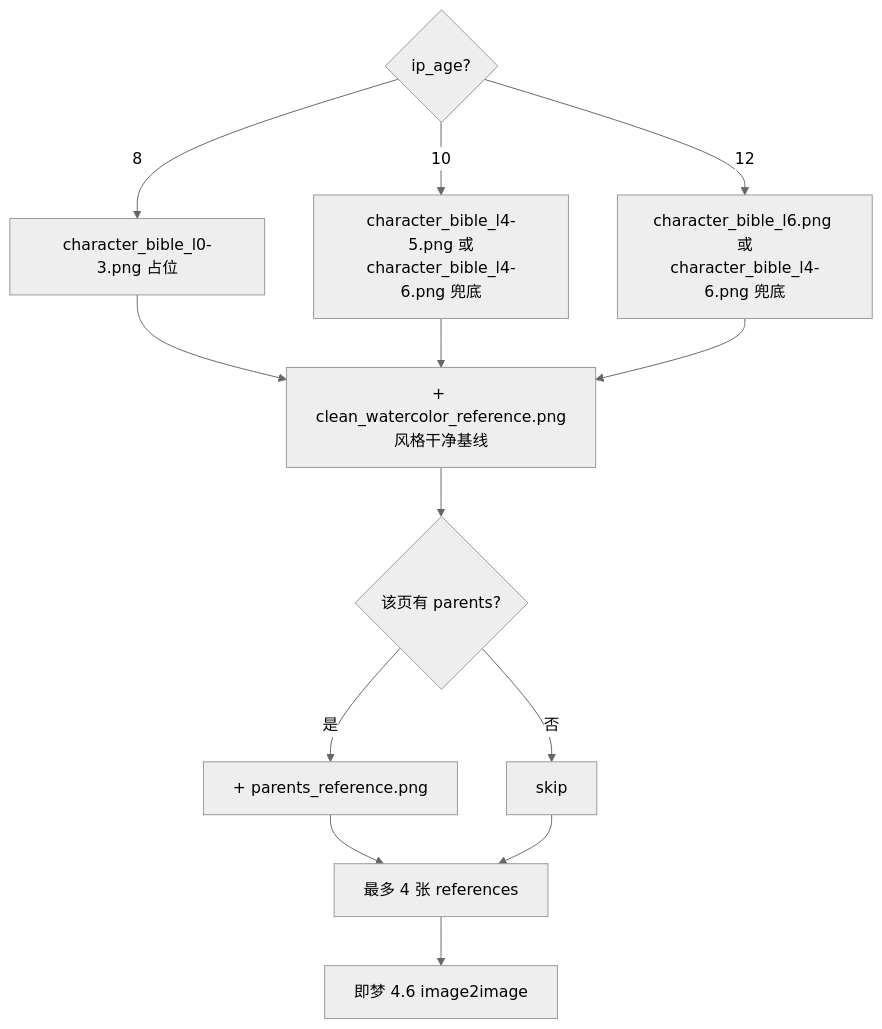
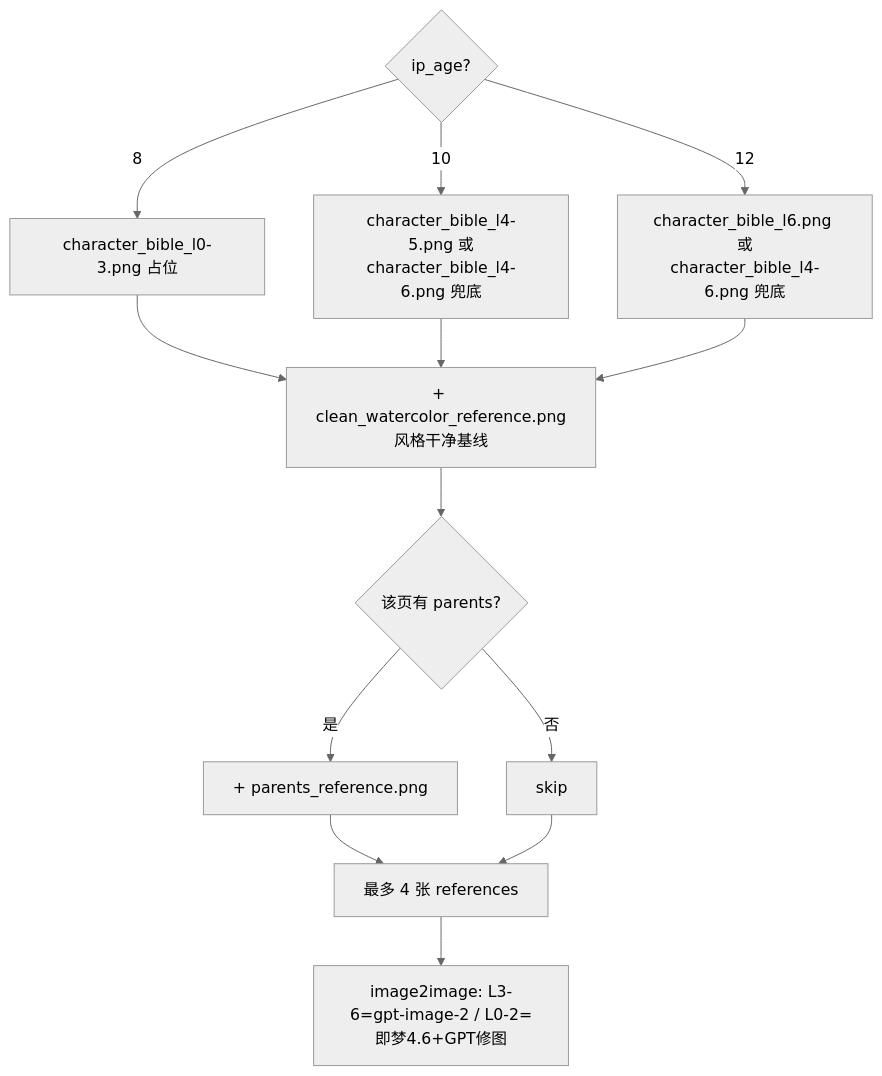
Before and after one commit to binh99xnhobov1xg7-create/picturebook-auto: the third of 5 diagrams in PIPELINE.md, drawn with Mermaid (neutral theme). The commit also changed other lines of this file and 25 other files, not shown here.

````diff
--- a/PIPELINE.md
+++ b/PIPELINE.md
@@ -51,13 +51,13 @@
 ```mermaid
 flowchart TD
     R{ip_age?}
     R -- 8 --> B1[character_bible_l0-3.png 占位]
     R -- 10 --> B2[character_bible_l4-5.png 或<br/>character_bible_l4-6.png 兜底]
     R -- 12 --> B3[character_bible_l6.png 或<br/>character_bible_l4-6.png 兜底]
     B1 & B2 & B3 --> ST[+ clean_watercolor_reference.png<br/>风格干净基线]
     ST --> PA{该页有 parents?}
     PA -- 是 --> PR[+ parents_reference.png]
     PA -- 否 --> SKIP[skip]
     PR & SKIP --> M[最多 4 张 references]
-    M --> API[即梦 4.6 image2image]
+    M --> API["image2image: L3-6=gpt-image-2 / L0-2=即梦4.6+GPT修图"]
 ```
````
